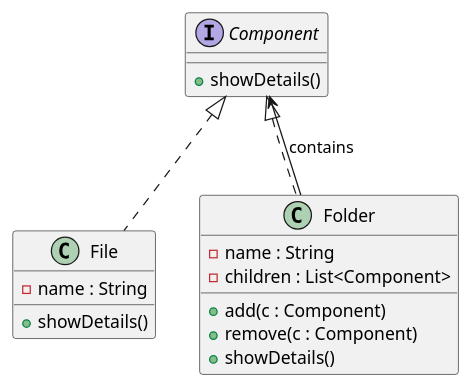
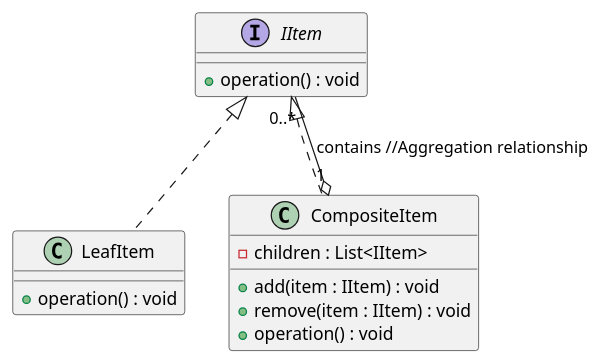
The diagram in LLD/DesignPatterns/Structural Design Patterns/UMLDiagrams/CompositeDesignPattern.puml (Rishikesh75/Coding), drawn with PlantUML before and after one commit. The commit also changed 60 other files, not shown here.

```diff
--- a/LLD/DesignPatterns/Structural Design Patterns/UMLDiagrams/CompositeDesignPattern.puml
+++ b/LLD/DesignPatterns/Structural Design Patterns/UMLDiagrams/CompositeDesignPattern.puml
@@ -1,25 +1,24 @@
 @startuml
 
-interface Component {
-    + showDetails()
+interface IItem {
+    + operation() : void
 }
 
-class File {
-    - name : String
-    + showDetails()
+class LeafItem {
+    + operation() : void
 }
 
-class Folder {
-    - name : String
-    - children : List<Component>
-
-    + add(c : Component)
-    + remove(c : Component)
-    + showDetails()
+class CompositeItem {
+    - children : List<IItem>
+    + add(item : IItem) : void
+    + remove(item : IItem) : void
+    + operation() : void
 }
 
-Component <|.. File
-Component <|.. Folder
-Folder --> Component : contains
+IItem <|.. LeafItem
+IItem <|.. CompositeItem
+
+' 
+CompositeItem "1" o-- "0..*" IItem : contains //Aggregation relationship 
 
 @enduml
```
